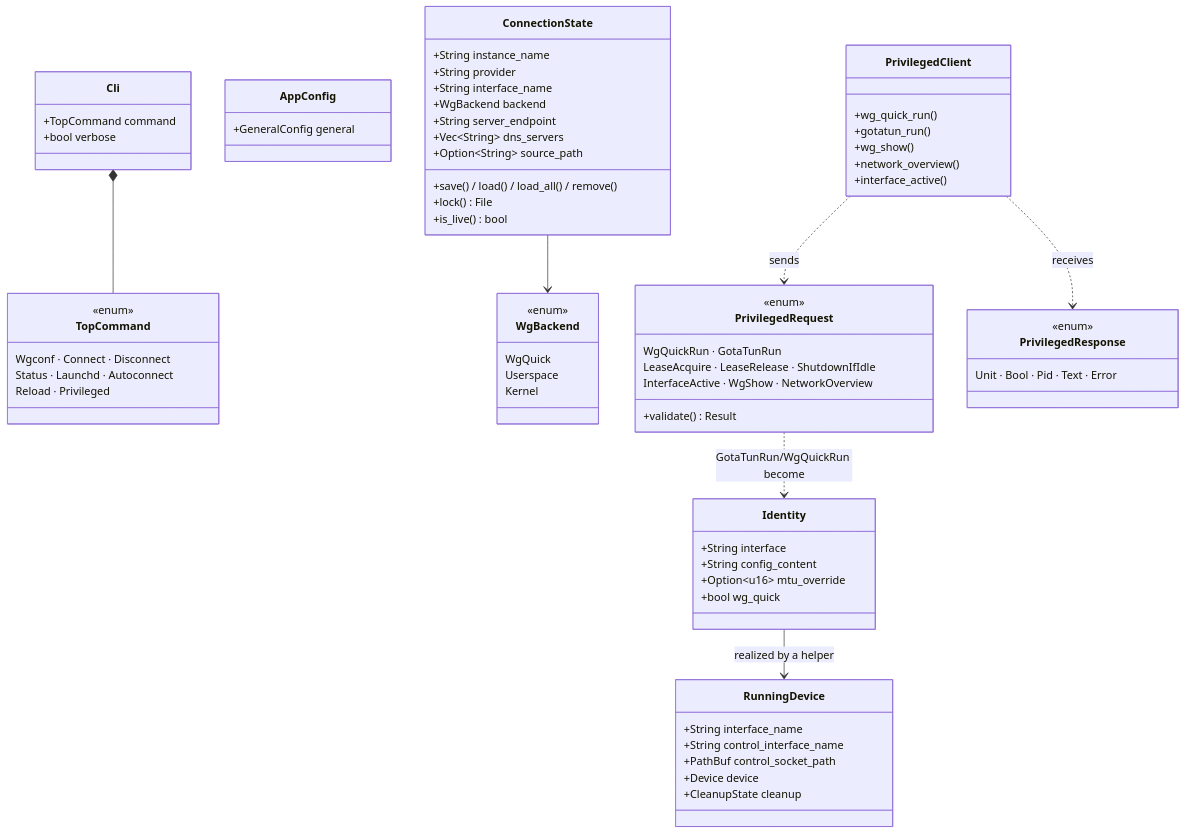
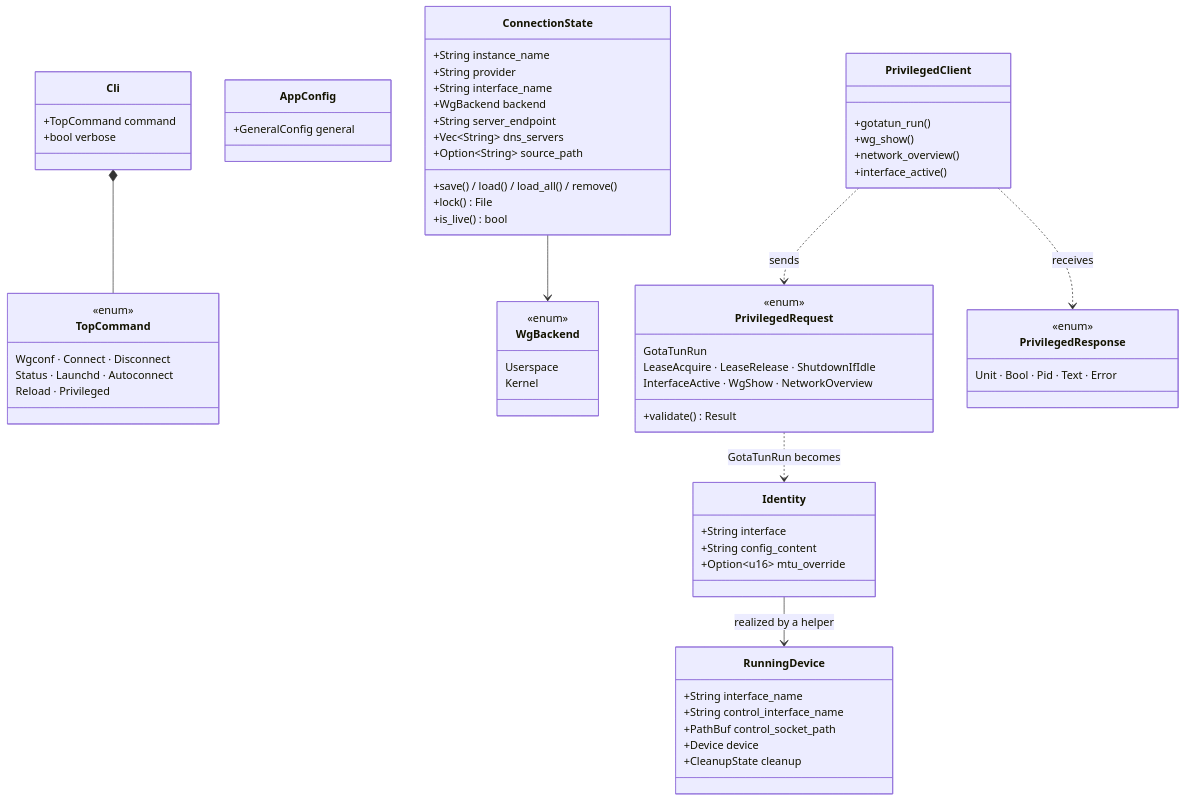
Before and after one commit to pansen/macos-wireguard-daemon: the second of 11 diagrams in doc/architecture.md, drawn with Mermaid. The commit also changed other lines of this file and 19 other files, not shown here.

````diff
--- a/doc/architecture.md
+++ b/doc/architecture.md
@@ -56,72 +56,69 @@
 ```mermaid
 classDiagram
     class Cli {
         +TopCommand command
         +bool verbose
     }
     class TopCommand {
         <<enum>>
         Wgconf · Connect · Disconnect
         Status · Launchd · Autoconnect
         Reload · Privileged
     }
     class AppConfig {
         +GeneralConfig general
     }
     class ConnectionState {
         +String instance_name
         +String provider
         +String interface_name
         +WgBackend backend
         +String server_endpoint
         +Vec~String~ dns_servers
         +Option~String~ source_path
         +save() / load() / load_all() / remove()
         +lock() File
         +is_live() bool
     }
     class WgBackend {
         <<enum>>
-        WgQuick
         Userspace
         Kernel
     }
     class PrivilegedClient {
-        +wg_quick_run()
         +gotatun_run()
         +wg_show()
         +network_overview()
         +interface_active()
     }
     class PrivilegedRequest {
         <<enum>>
-        WgQuickRun · GotaTunRun
+        GotaTunRun
         LeaseAcquire · LeaseRelease · ShutdownIfIdle
         InterfaceActive · WgShow · NetworkOverview
         +validate() Result
     }
     class PrivilegedResponse {
         <<enum>>
         Unit · Bool · Pid · Text · Error
     }
     class Identity {
         +String interface
         +String config_content
         +Option~u16~ mtu_override
-        +bool wg_quick
     }
     class RunningDevice {
         +String interface_name
         +String control_interface_name
         +PathBuf control_socket_path
         +Device device
         +CleanupState cleanup
     }
 
     Cli *-- TopCommand
     ConnectionState --> WgBackend
     PrivilegedClient ..> PrivilegedRequest : sends
     PrivilegedClient ..> PrivilegedResponse : receives
-    PrivilegedRequest ..> Identity : GotaTunRun/WgQuickRun become
+    PrivilegedRequest ..> Identity : GotaTunRun becomes
     Identity --> RunningDevice : realized by a helper
 ```
````
